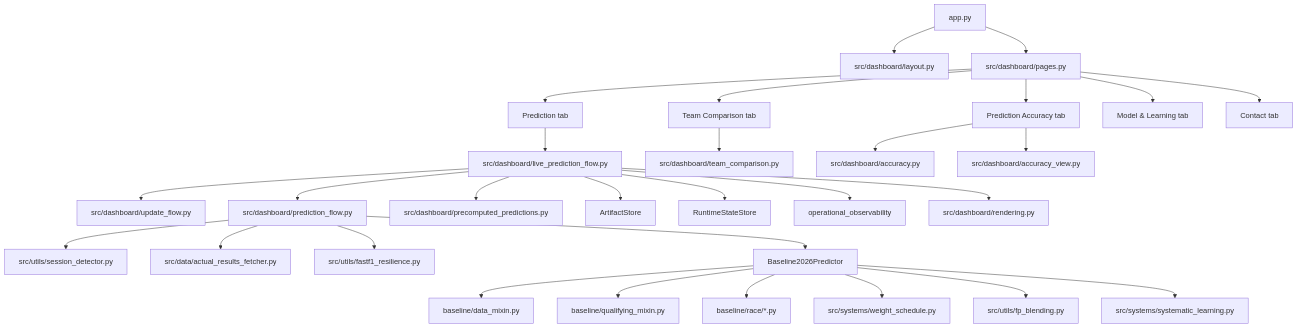
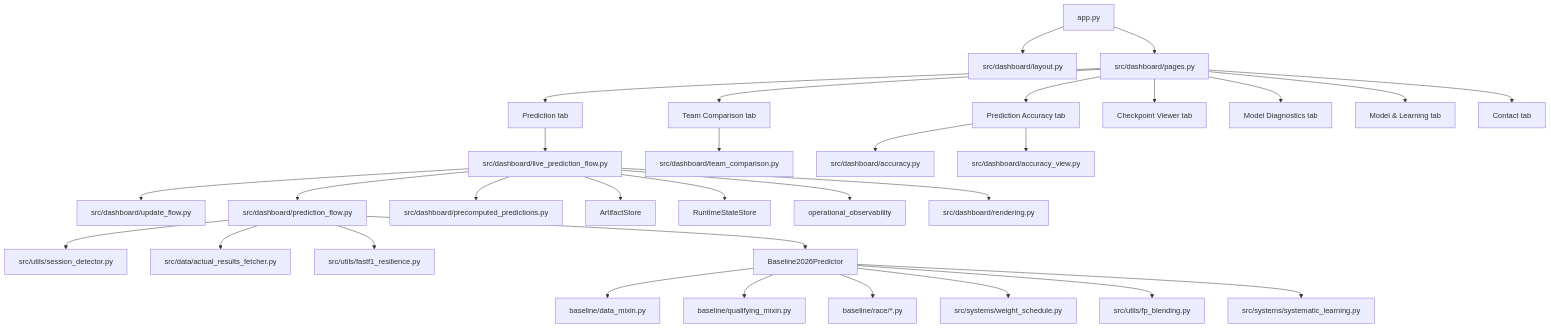
Before and after one commit to tomasz-solis/trackside-labs: the diagram in ARCHITECTURE.md, drawn with Mermaid. The commit also changed other lines of this file and 42 other files, not shown here.

````diff
--- a/ARCHITECTURE.md
+++ b/ARCHITECTURE.md
@@ -15,34 +13,36 @@
 ```mermaid
 flowchart TD
     A["app.py"] --> B["src/dashboard/layout.py"]
     A --> C["src/dashboard/pages.py"]
 
     C --> D["Prediction tab"]
     C --> E["Team Comparison tab"]
     C --> F["Prediction Accuracy tab"]
+    C --> F2["Checkpoint Viewer tab"]
+    C --> F3["Model Diagnostics tab"]
     C --> G["Model & Learning tab"]
     C --> H["Contact tab"]
 
     D --> I["src/dashboard/live_prediction_flow.py"]
     I --> J["src/dashboard/update_flow.py"]
     I --> K["src/dashboard/prediction_flow.py"]
     I --> L["src/dashboard/precomputed_predictions.py"]
     K --> M["src/utils/session_detector.py"]
     K --> N["src/data/actual_results_fetcher.py"]
     K --> O["src/utils/fastf1_resilience.py"]
     K --> P["Baseline2026Predictor"]
     P --> P1["baseline/data_mixin.py"]
     P --> P2["baseline/qualifying_mixin.py"]
     P --> P3["baseline/race/*.py"]
     P --> Q["src/systems/weight_schedule.py"]
     P --> R["src/utils/fp_blending.py"]
     P --> S["src/systems/systematic_learning.py"]
     I --> T["ArtifactStore"]
     I --> U["RuntimeStateStore"]
     I --> V["operational_observability"]
     I --> W["src/dashboard/rendering.py"]
 
     E --> X["src/dashboard/team_comparison.py"]
     F --> Y["src/dashboard/accuracy.py"]
     F --> Z["src/dashboard/accuracy_view.py"]
 ```
````
